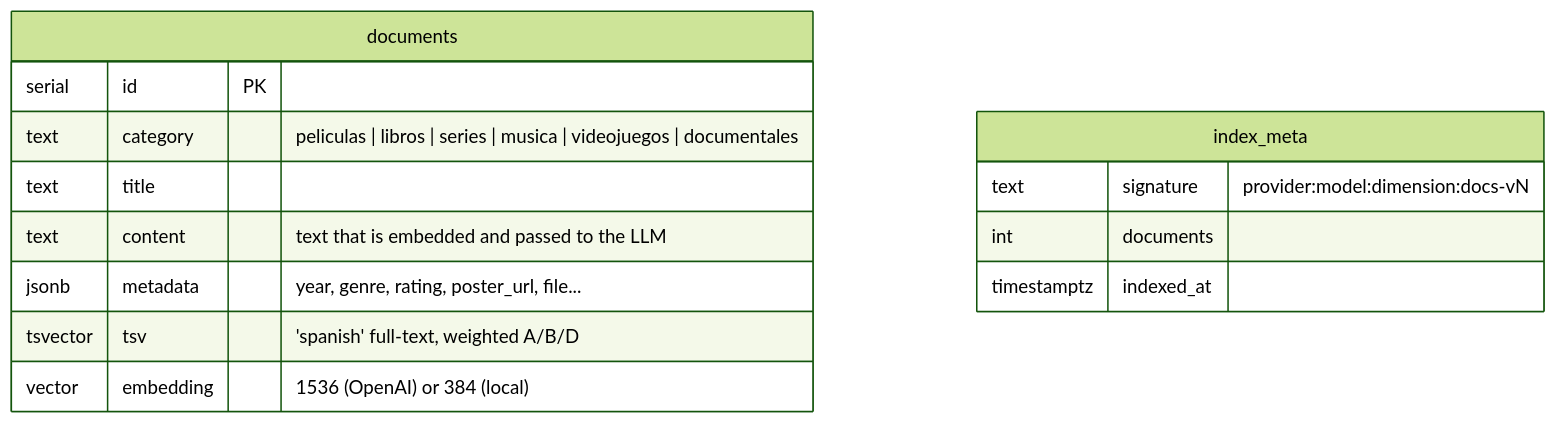
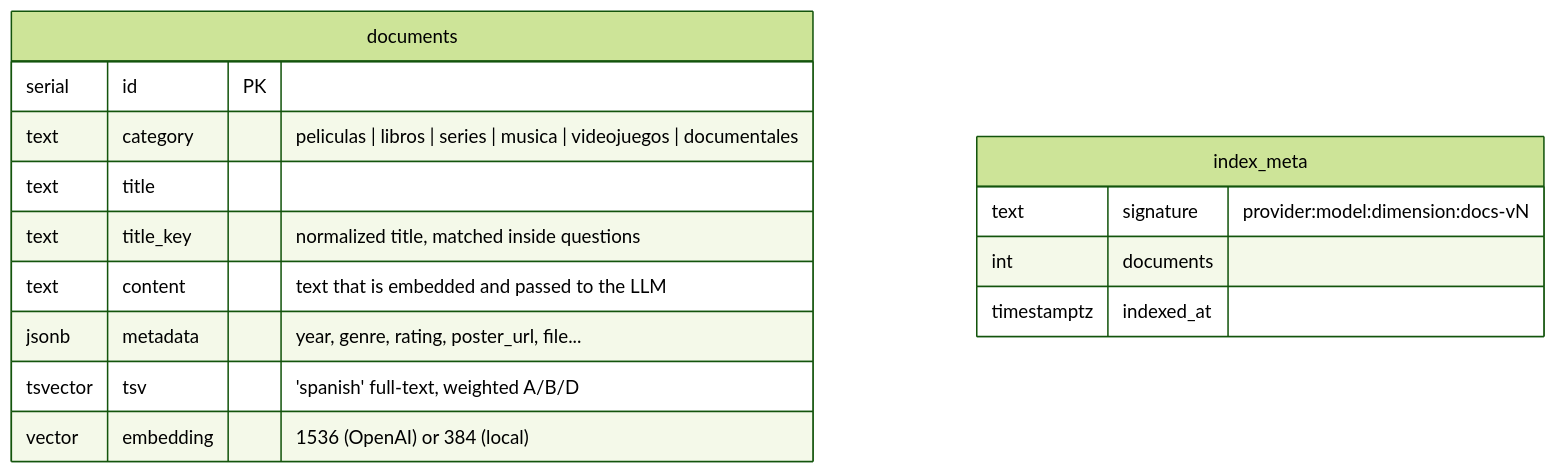
One commit to manu-gt-hub/rag_system changed the fifth of 5 diagrams in doc/architecture.md. Above: the diagram before and after it, drawn with Mermaid (forest theme). The commit also changed other lines of this file and 4 other files, not shown here.

````diff
--- a/doc/architecture.md
+++ b/doc/architecture.md
@@ -198,17 +200,18 @@
 ```mermaid
 erDiagram
     documents {
         serial id PK
         text category "peliculas | libros | series | musica | videojuegos | documentales"
         text title
+        text title_key "normalized title, matched inside questions"
         text content "text that is embedded and passed to the LLM"
         jsonb metadata "year, genre, rating, poster_url, file..."
         tsvector tsv "'spanish' full-text, weighted A/B/D"
         vector embedding "1536 (OpenAI) or 384 (local)"
     }
     index_meta {
         text signature "provider:model:dimension:docs-vN"
         int documents
         timestamptz indexed_at
     }
 ```
````
